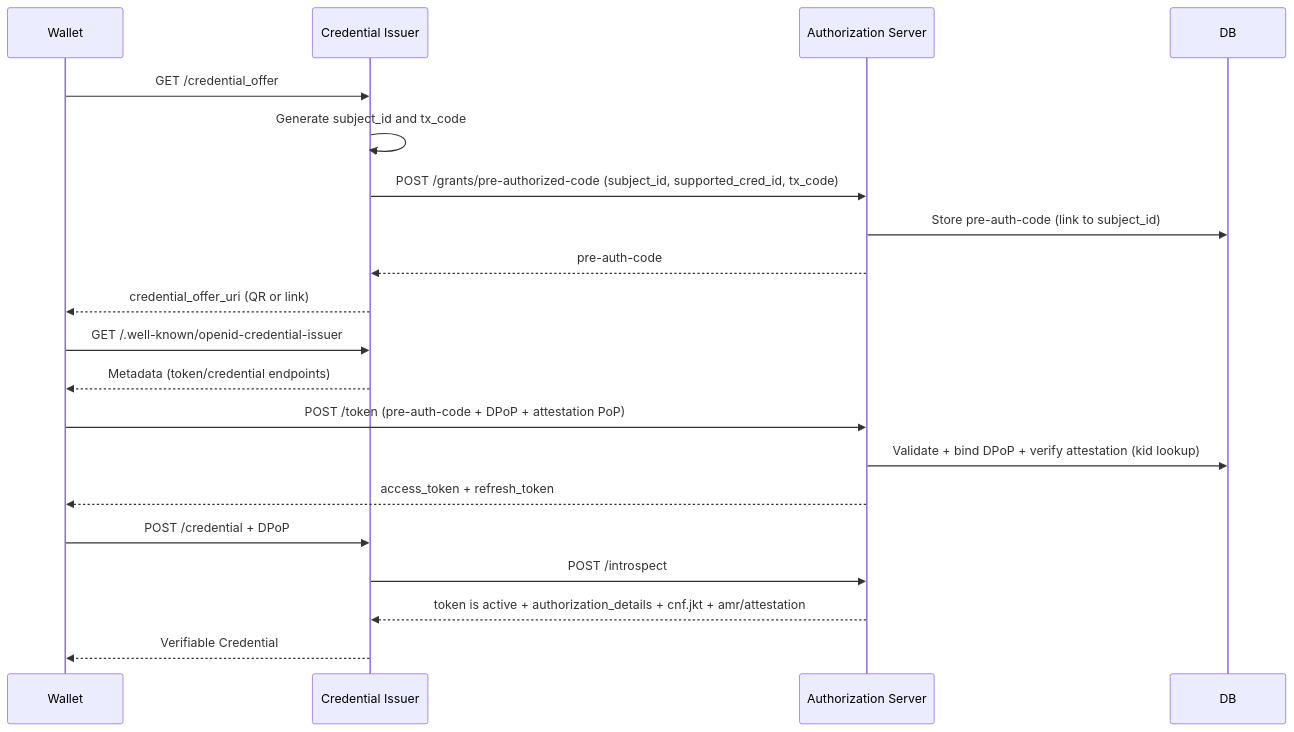
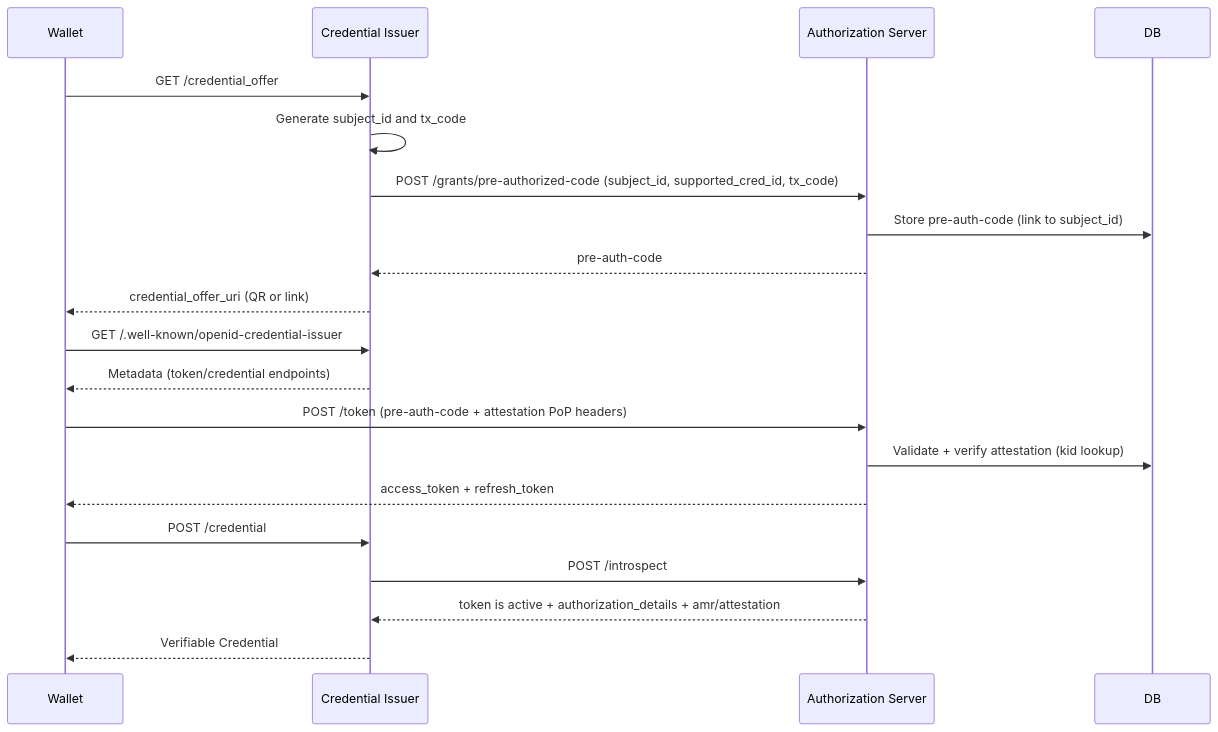
The seventh of 9 diagrams in oid4vc/auth_server/docs/auth-server-design.md (weiiv/acapy-plugins), drawn with Mermaid before and after one commit. The commit also changed other lines of this file and 75 other files, not shown here.

````diff
--- a/oid4vc/auth_server/docs/auth-server-design.md
+++ b/oid4vc/auth_server/docs/auth-server-design.md
@@ -368,28 +488,28 @@
 ```mermaid
 sequenceDiagram
     participant Wallet
     participant CredentialIssuer as Credential Issuer
     participant AuthServer as Authorization Server
     participant DB
 
     Wallet->>CredentialIssuer: GET /credential_offer
     CredentialIssuer->>CredentialIssuer: Generate subject_id and tx_code
 
     CredentialIssuer->>AuthServer: POST /grants/pre-authorized-code (subject_id, supported_cred_id, tx_code)
     AuthServer->>DB: Store pre-auth-code (link to subject_id)
 
     AuthServer-->>CredentialIssuer: pre-auth-code
     CredentialIssuer-->>Wallet: credential_offer_uri (QR or link)
 
     Wallet->>CredentialIssuer: GET /.well-known/openid-credential-issuer
     CredentialIssuer-->>Wallet: Metadata (token/credential endpoints)
 
-    Wallet->>AuthServer: POST /token (pre-auth-code + DPoP + attestation PoP)
-    AuthServer->>DB: Validate + bind DPoP + verify attestation (kid lookup)
+    Wallet->>AuthServer: POST /token (pre-auth-code + attestation PoP headers)
+    AuthServer->>DB: Validate + verify attestation (kid lookup)
     AuthServer-->>Wallet: access_token + refresh_token
 
-    Wallet->>CredentialIssuer: POST /credential + DPoP
+    Wallet->>CredentialIssuer: POST /credential
     CredentialIssuer->>AuthServer: POST /introspect
-    AuthServer-->>CredentialIssuer: token is active + authorization_details + cnf.jkt + amr/attestation
+    AuthServer-->>CredentialIssuer: token is active + authorization_details + amr/attestation
     CredentialIssuer-->>Wallet: Verifiable Credential
 ```
````
